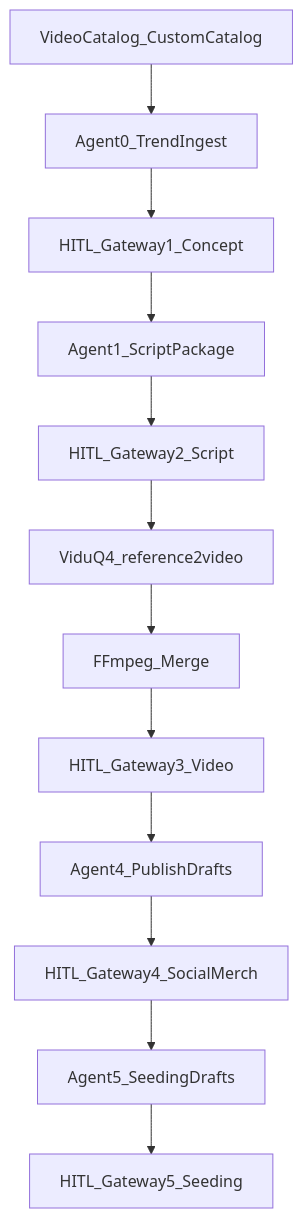
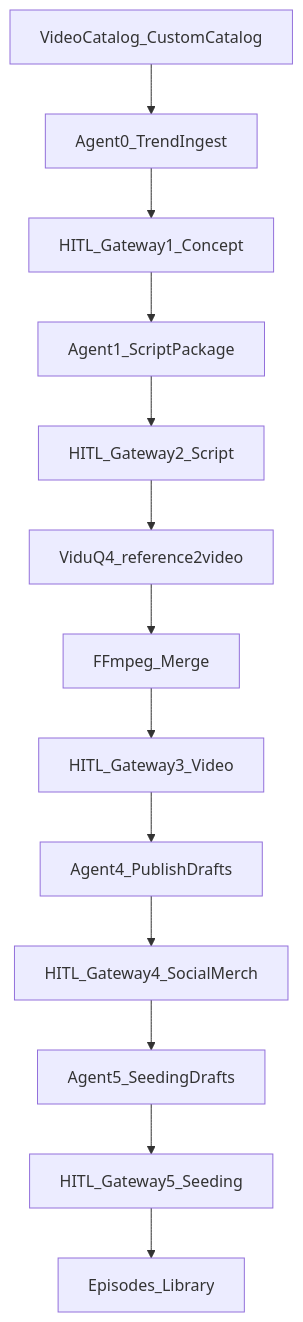
The diagram in docs/ARCHITECTURE.md (devgeektech/Crash_Out), drawn with Mermaid before and after one commit. The commit also changed other lines of this file and 55 other files, not shown here.

````diff
--- a/docs/ARCHITECTURE.md
+++ b/docs/ARCHITECTURE.md
@@ -5,27 +5,29 @@
 ```mermaid
 flowchart TD
   catalog[VideoCatalog_CustomCatalog]
   a0[Agent0_TrendIngest]
   g1[HITL_Gateway1_Concept]
   a1[Agent1_ScriptPackage]
   g2[HITL_Gateway2_Script]
   vidu[ViduQ4_reference2video]
   merge[FFmpeg_Merge]
   g3[HITL_Gateway3_Video]
   a4[Agent4_PublishDrafts]
   g4[HITL_Gateway4_SocialMerch]
   a5[Agent5_SeedingDrafts]
   g5[HITL_Gateway5_Seeding]
+  library[Episodes_Library]
 
   catalog --> a0
   a0 --> g1
   g1 --> a1
   a1 --> g2
   g2 --> vidu
   vidu --> merge
   merge --> g3
   g3 --> a4
   a4 --> g4
   g4 --> a5
   a5 --> g5
+  g5 --> library
 ```
````
